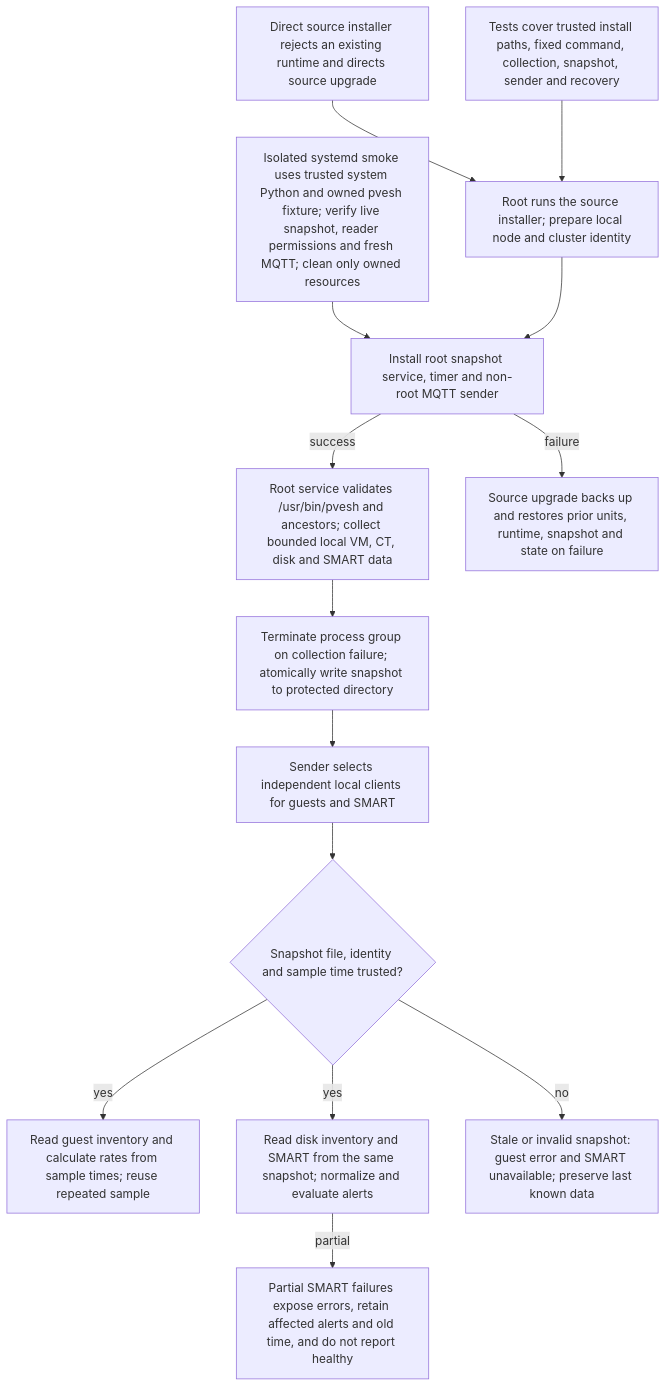
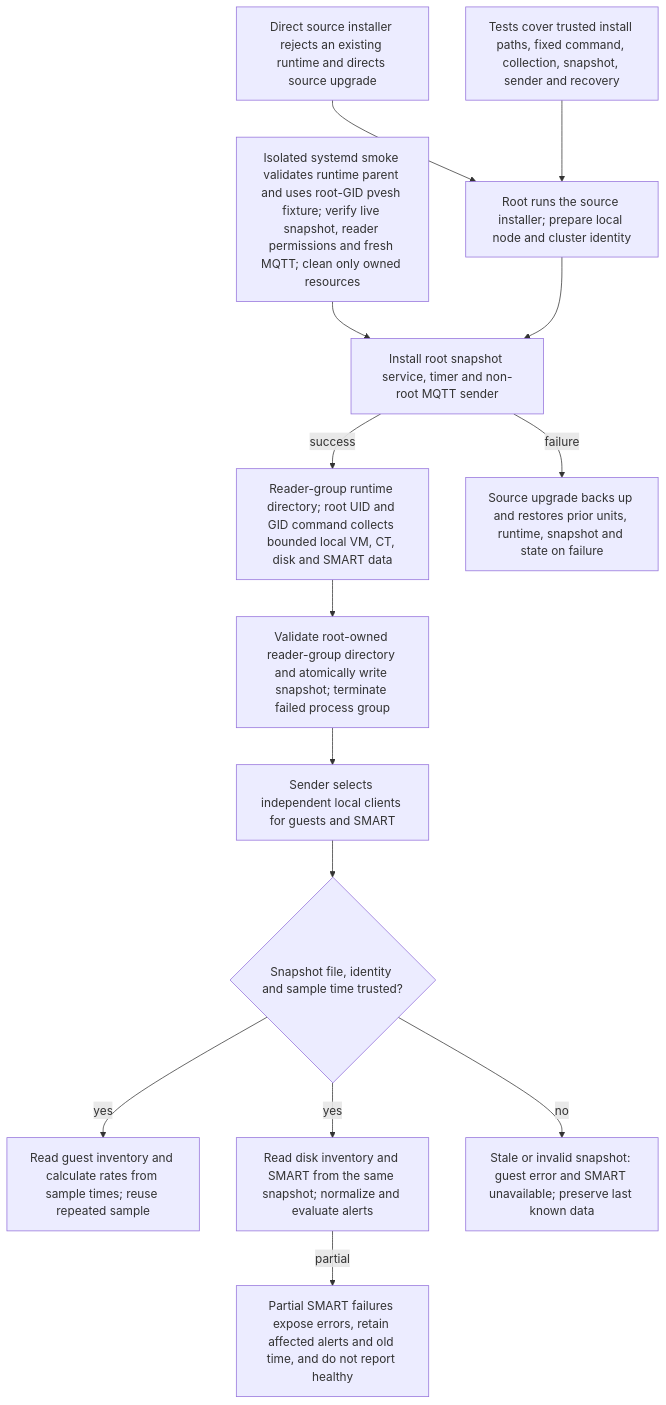
One commit to KarlSideProjects/JWJhome-agent changed the diagram in docs/flows/sender.pve-local.mmd. Above: the diagram before and after it, drawn with Mermaid. The commit also changed 11 other files, not shown here.

Commit message:
fix(pve): preserve snapshot reader access during root collection

```diff
--- a/docs/flows/sender.pve-local.mmd
+++ b/docs/flows/sender.pve-local.mmd
@@ -1,28 +1,28 @@
 flowchart TD
     A["Root runs the source installer; prepare local node and cluster identity"]
     B["Install root snapshot service, timer and non-root MQTT sender"]
-    C["Root service validates /usr/bin/pvesh and ancestors; collect bounded local VM, CT, disk and SMART data"]
-    D["Terminate process group on collection failure; atomically write snapshot to protected directory"]
+    C["Reader-group runtime directory; root UID and GID command collects bounded local VM, CT, disk and SMART data"]
+    D["Validate root-owned reader-group directory and atomically write snapshot; terminate failed process group"]
     E["Sender selects independent local clients for guests and SMART"]
     F{"Snapshot file, identity and sample time trusted?"}
     G["Read guest inventory and calculate rates from sample times; reuse repeated sample"]
     H["Read disk inventory and SMART from the same snapshot; normalize and evaluate alerts"]
     I["Partial SMART failures expose errors, retain affected alerts and old time, and do not report healthy"]
     J["Stale or invalid snapshot: guest error and SMART unavailable; preserve last known data"]
     K["Source upgrade backs up and restores prior units, runtime, snapshot and state on failure"]
     L["Tests cover trusted install paths, fixed command, collection, snapshot, sender and recovery"]
     M["Direct source installer rejects an existing runtime and directs source upgrade"]
-    N["Isolated systemd smoke uses trusted system Python and owned pvesh fixture; verify live snapshot, reader permissions and fresh MQTT; clean only owned resources"]
+    N["Isolated systemd smoke validates runtime parent and uses root-GID pvesh fixture; verify live snapshot, reader permissions and fresh MQTT; clean only owned resources"]
     N --> B
     A --> B
     M --> A
     B -->|success| C
     B -->|failure| K
     C --> D
     D --> E
     E --> F
     F -->|yes| G
     F -->|yes| H
     F -->|no| J
     H -->|partial| I
     L --> A
```
